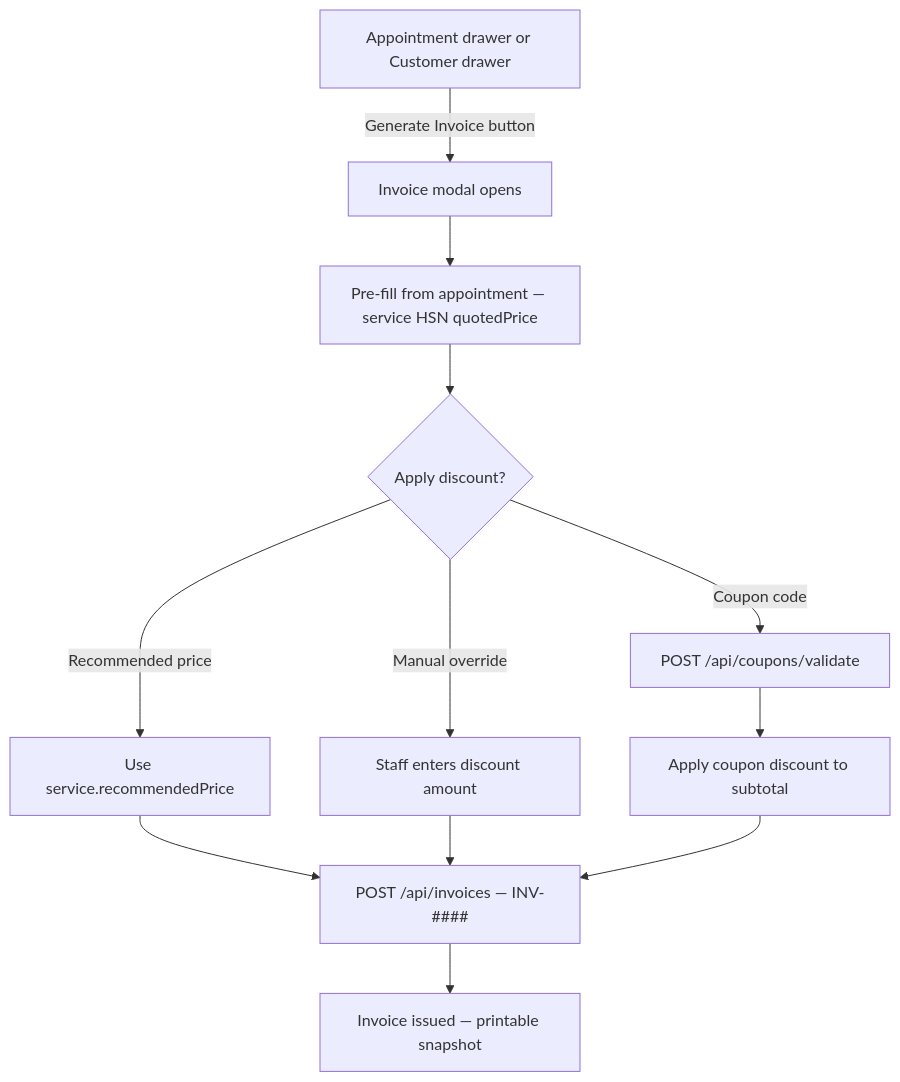
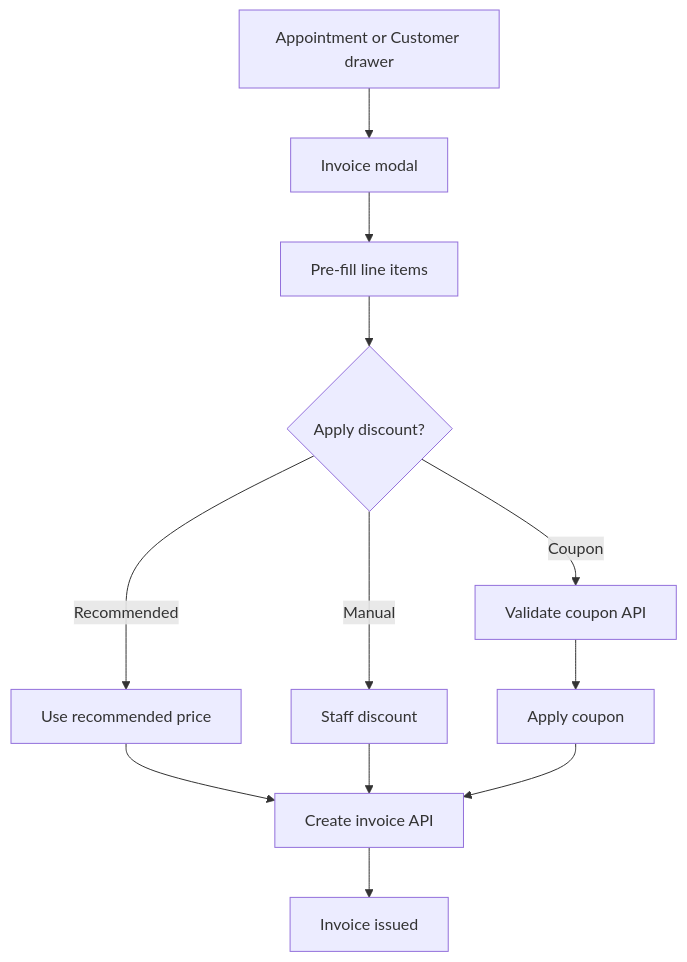
Diagram 12 of 12 in docs/dashboard-flowchart.md (mdwwellness/wellness-dashboard), drawn with Mermaid before and after one commit. The commit also changed other lines of this file, not shown here.

Commit message:
fix(docs): GitHub-safe Mermaid syntax for dashboard flowcharts

````diff
--- a/docs/dashboard-flowchart.md
+++ b/docs/dashboard-flowchart.md
@@ -271,14 +275,14 @@
 ```mermaid
-flowchart TD
-    P1[Appointment drawer or Customer drawer] -->|Generate Invoice button| P2[Invoice modal opens]
-    P2 --> P3[Pre-fill from appointment — service HSN quotedPrice]
-    P3 --> P4{Apply discount?}
-    P4 -->|Recommended price| P5[Use service.recommendedPrice]
-    P4 -->|Manual override| P6[Staff enters discount amount]
-    P4 -->|Coupon code| P7[POST /api/coupons/validate]
-    P7 --> P8[Apply coupon discount to subtotal]
-    P5 --> P9[POST /api/invoices — INV-####]
+graph TD
+    P1["Appointment or Customer drawer"] --> P2["Invoice modal"]
+    P2 --> P3["Pre-fill line items"]
+    P3 --> P4{"Apply discount?"}
+    P4 -->|"Recommended"| P5["Use recommended price"]
+    P4 -->|"Manual"| P6["Staff discount"]
+    P4 -->|"Coupon"| P7["Validate coupon API"]
+    P7 --> P8["Apply coupon"]
+    P5 --> P9["Create invoice API"]
     P6 --> P9
     P8 --> P9
-    P9 --> P10[Invoice issued — printable snapshot]
+    P9 --> P10["Invoice issued"]
 ```
````
